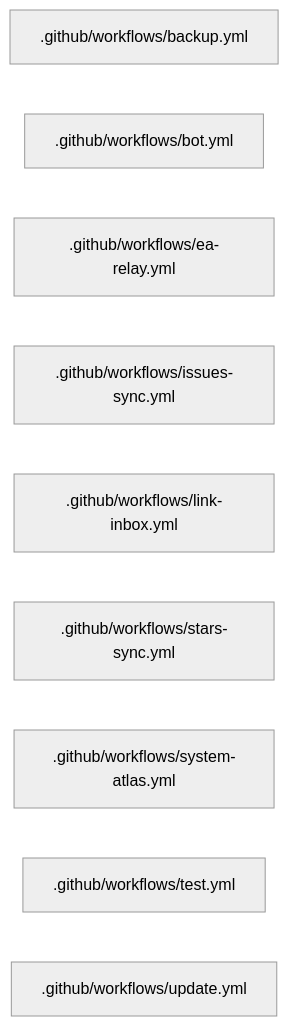
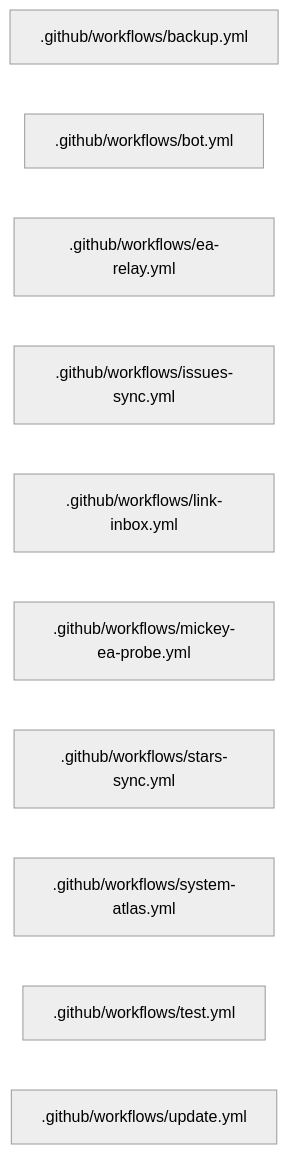
One commit to devroadtosucces15-boop/Norex-United-FC changed the diagram in PLANNING/system-atlas/layer-github.md. Above: the diagram before and after it, drawn with Mermaid (neutral theme). The commit also changed 3 other files, not shown here.

Commit message:
docs: refresh living system atlas [skip ci]

````diff
--- a/PLANNING/system-atlas/layer-github.md
+++ b/PLANNING/system-atlas/layer-github.md
@@ -5,12 +5,13 @@
 ```mermaid
 flowchart LR
   n0[".github/workflows/backup.yml"]
   n1[".github/workflows/bot.yml"]
   n2[".github/workflows/ea-relay.yml"]
   n3[".github/workflows/issues-sync.yml"]
   n4[".github/workflows/link-inbox.yml"]
-  n5[".github/workflows/stars-sync.yml"]
-  n6[".github/workflows/system-atlas.yml"]
-  n7[".github/workflows/test.yml"]
-  n8[".github/workflows/update.yml"]
+  n5[".github/workflows/mickey-ea-probe.yml"]
+  n6[".github/workflows/stars-sync.yml"]
+  n7[".github/workflows/system-atlas.yml"]
+  n8[".github/workflows/test.yml"]
+  n9[".github/workflows/update.yml"]
 ```
````
